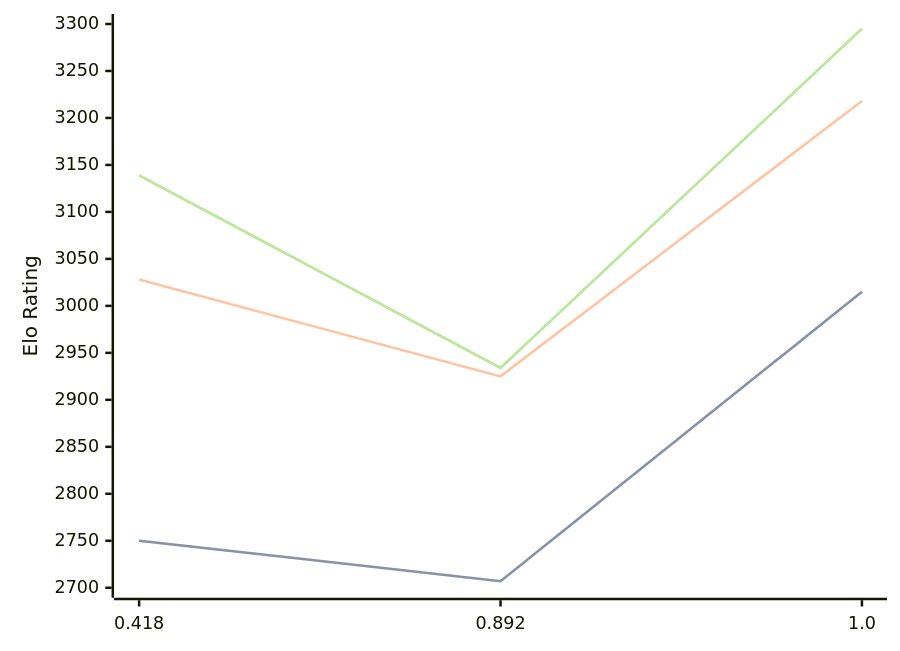
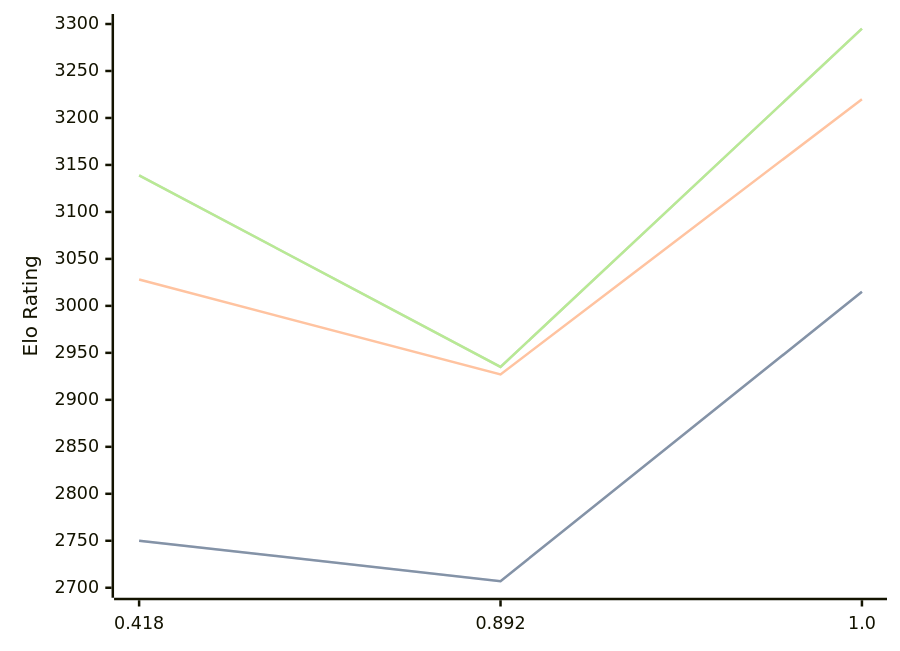
Before and after one commit to computer-chess-index/cci: the diagram in engines/Malika.md, drawn with Mermaid. The commit also changed other lines of this file, not shown here.

Commit message:
Update CCI Ratings (ELO VLTC) - 2026-04-27

````diff
--- a/engines/Malika.md
+++ b/engines/Malika.md
@@ -33,11 +33,11 @@
 ```mermaid
 %%{init: {"theme":"base","themeVariables":{"seriesColors:['#a3a3a3','#222221','#faa371']}}}%%
 xychart-beta
   x-axis ["0.418", "0.892", "1.0"]
   y-axis "Elo Rating" 2700 --> 3300
   line "STC (8.0+0.08s)" [2750, 2707, 3015]
   line "STC (8.0+0.08s)" [2750, 2707, 3015]
-  line "LTC (60.0+0.60s)" [3028, 2925, 3218]
-  line "VLTC (2m24s+1.12s)" [3139, 2934, 3295]
-  line "VLTC (2m24s+1.12s)" [3139, 2934, 3295]
+  line "LTC (60.0+0.60s)" [3028, 2927, 3220]
+  line "VLTC (2m24s+1.12s)" [3139, 2935, 3295]
+  line "VLTC (2m24s+1.12s)" [3139, 2935, 3295]
 ```
````
